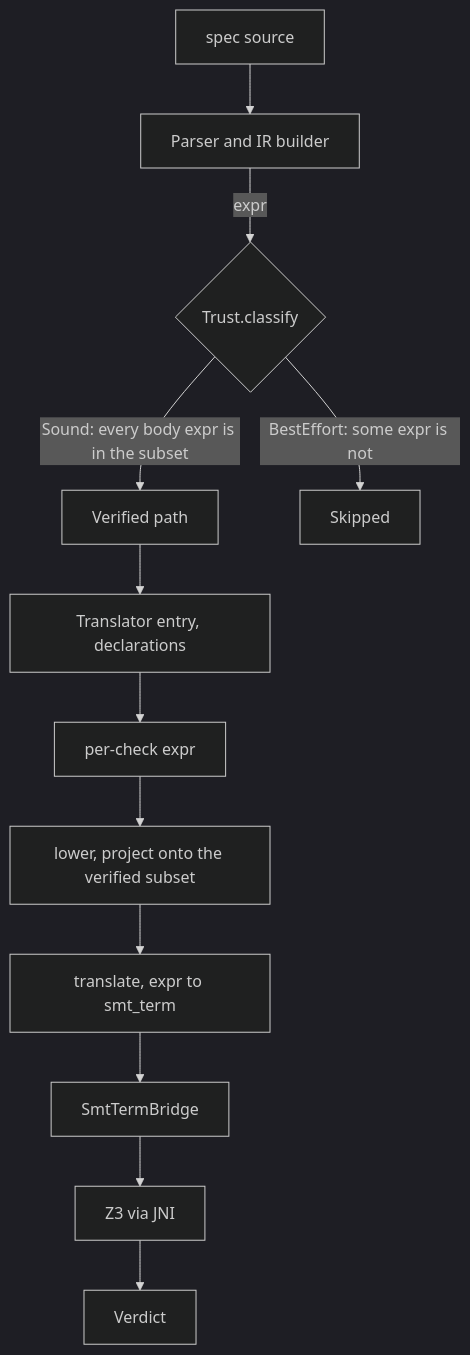
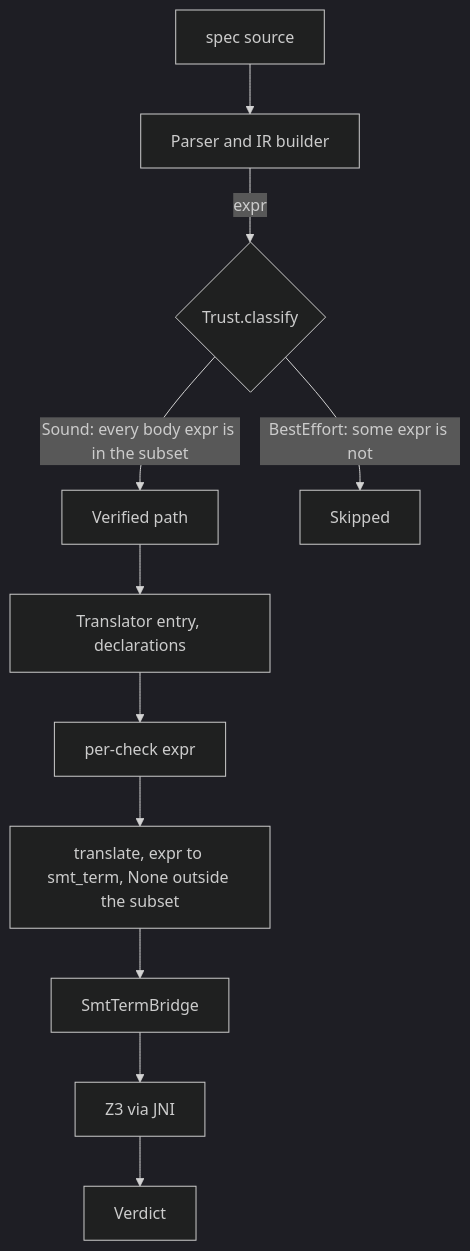
One commit to HardMax71/spec_to_rest changed the diagram in docs/content/docs/research/tcb_audit.md. Above: the diagram before and after it, drawn with Mermaid (dark theme). The commit also changed other lines of this file and 4 other files, not shown here.

````diff
--- a/docs/content/docs/research/tcb_audit.md
+++ b/docs/content/docs/research/tcb_audit.md
@@ -30,14 +30,13 @@
 ```mermaid
 flowchart TD
   A[spec source] --> B[Parser and IR builder]
   B -->|expr| C{Trust.classify}
   C -->|Sound: every body expr is in the subset| D[Verified path]
   C -->|BestEffort: some expr is not| E[Skipped]
   D --> F[Translator entry, declarations]
   F --> G[per-check expr]
-  G --> H[lower, project onto the verified subset]
-  H --> I[translate, expr to smt_term]
+  G --> I[translate, expr to smt_term, None outside the subset]
   I --> J[SmtTermBridge]
   J --> K[Z3 via JNI]
   K --> L[Verdict]
 ```
````
